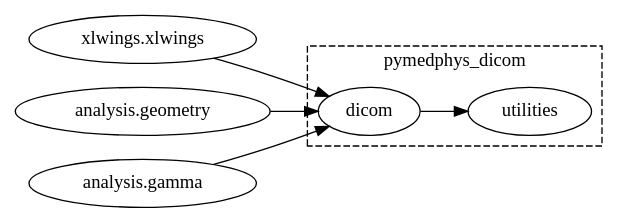
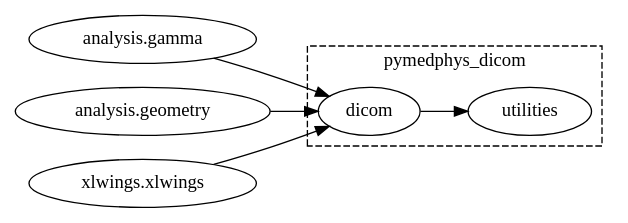
Before and after one commit to pymedphys/pymedphys: the diagram in docs/graphs/pymedphys_dicom.svg.dot, drawn with Graphviz. The commit also changed 17 other files, not shown here.

```diff
--- a/docs/graphs/pymedphys_dicom.svg.dot
+++ b/docs/graphs/pymedphys_dicom.svg.dot
@@ -1,31 +1,31 @@
 
         strict digraph  {
             graph [ordering="out"];
             rankdir = LR;
             subgraph cluster_0 {
                 "pymedphys_dicom.dicom";
 "pymedphys_dicom.utilities";
 
                 label = "pymedphys_dicom";
                 style = dashed;
                 
             { rank = same; "pymedphys_dicom.utilities"; }
             
             { rank = same; "pymedphys_dicom.dicom"; }
             
             }
-            "pymedphys_xlwings.xlwings" [label="xlwings.xlwings"];
+            "pymedphys_analysis.gamma" [label="analysis.gamma"];
 "pymedphys_analysis.geometry" [label="analysis.geometry"];
+"pymedphys_dicom.dicom" [label="dicom"];
 "pymedphys_dicom.utilities" [label="utilities"];
-"pymedphys_analysis.gamma" [label="analysis.gamma"];
-"pymedphys_dicom.dicom" [label="dicom"];
+"pymedphys_xlwings.xlwings" [label="xlwings.xlwings"];
 
             { rank = same; "pymedphys_analysis.gamma"; "pymedphys_analysis.geometry"; "pymedphys_xlwings.xlwings"; }
 
             "pymedphys_dicom.dicom" -> "pymedphys_dicom.utilities";
 "pymedphys_analysis.gamma" -> "pymedphys_dicom.dicom";
 "pymedphys_analysis.geometry" -> "pymedphys_dicom.dicom";
 "pymedphys_xlwings.xlwings" -> "pymedphys_dicom.dicom";
 "pymedphys_dicom.dicom" -> "pymedphys_dicom.utilities";
 
         }
```
